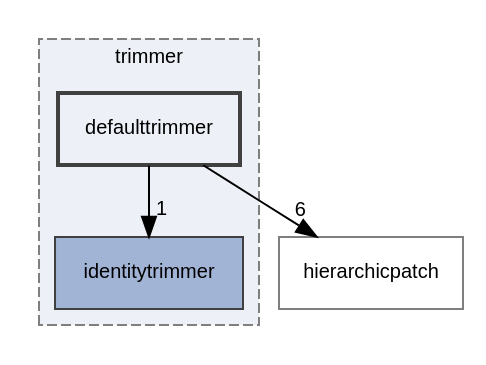
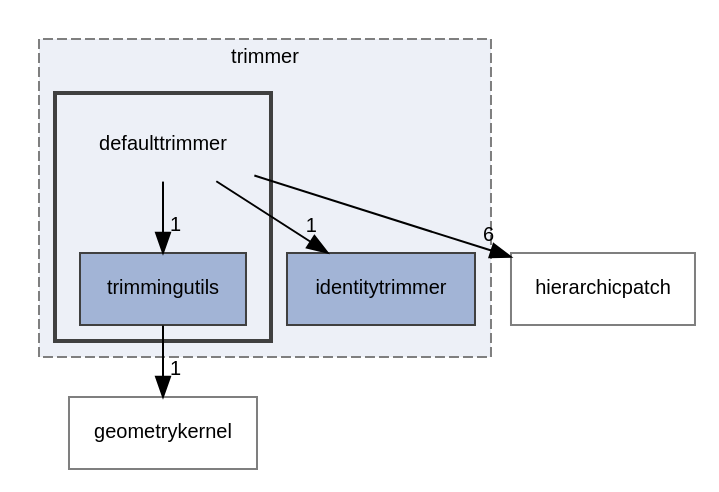
Before and after one commit to rath3t/dune-iga-doc: the diagram in dir_265321845ed2650d675b22a94b62262d_dep.dot, drawn with Graphviz. The commit also changed 1468 other files, not shown here.

```diff
--- a/dir_265321845ed2650d675b22a94b62262d_dep.dot
+++ b/dir_265321845ed2650d675b22a94b62262d_dep.dot
@@ -1,15 +1,22 @@
 digraph "defaulttrimmer"
 {
  // LATEX_PDF_SIZE
   edge [fontname="Helvetica",fontsize="10",labelfontname="Helvetica",labelfontsize="10"];
   node [fontname="Helvetica",fontsize="10",shape=record];
   compound=true
   subgraph clusterdir_7d0c370ab440c4b4f78419bfc8c93eb8 {
     graph [ bgcolor="#edf0f7", pencolor="grey50", style="filled,dashed,", label="trimmer", fontname="Helvetica", fontsize="10", URL="dir_7d0c370ab440c4b4f78419bfc8c93eb8.html"]
   dir_aa3557bd66a6784b3b9e663253e8d0ba [shape=box, label="identitytrimmer", style="filled,", fillcolor="#a2b4d6", color="grey25", URL="dir_aa3557bd66a6784b3b9e663253e8d0ba.html"];
-  dir_265321845ed2650d675b22a94b62262d [shape=box, label="defaulttrimmer", style="filled,bold,", fillcolor="#edf0f7", color="grey25", URL="dir_265321845ed2650d675b22a94b62262d.html"];
+  subgraph clusterdir_265321845ed2650d675b22a94b62262d {
+    graph [ bgcolor="#edf0f7", pencolor="grey25", style="filled,bold,", label="", fontname="Helvetica", fontsize="10", URL="dir_265321845ed2650d675b22a94b62262d.html"]
+    dir_265321845ed2650d675b22a94b62262d [shape=plaintext, label="defaulttrimmer"];
+  dir_75403dd546d989c4e56d84af3932dae7 [shape=box, label="trimmingutils", style="filled,", fillcolor="#a2b4d6", color="grey25", URL="dir_75403dd546d989c4e56d84af3932dae7.html"];
+  }
   }
   dir_12fc9e68aad46ae2d80ba50ef1c96d76 [shape=box, label="hierarchicpatch", style="", fillcolor="#edf0f7", color="grey50", URL="dir_12fc9e68aad46ae2d80ba50ef1c96d76.html"];
+  dir_98571e7345f7327fea7723ec1a12d870 [shape=box, label="geometrykernel", style="", fillcolor="#edf0f7", color="grey50", URL="dir_98571e7345f7327fea7723ec1a12d870.html"];
   dir_265321845ed2650d675b22a94b62262d->dir_12fc9e68aad46ae2d80ba50ef1c96d76 [headlabel="6", labeldistance=1.5 headhref="dir_000001_000007.html"];
+  dir_265321845ed2650d675b22a94b62262d->dir_75403dd546d989c4e56d84af3932dae7 [headlabel="1", labeldistance=1.5 headhref="dir_000001_000020.html"];
   dir_265321845ed2650d675b22a94b62262d->dir_aa3557bd66a6784b3b9e663253e8d0ba [headlabel="1", labeldistance=1.5 headhref="dir_000001_000009.html"];
+  dir_75403dd546d989c4e56d84af3932dae7->dir_98571e7345f7327fea7723ec1a12d870 [headlabel="1", labeldistance=1.5 headhref="dir_000020_000006.html"];
 }
```
